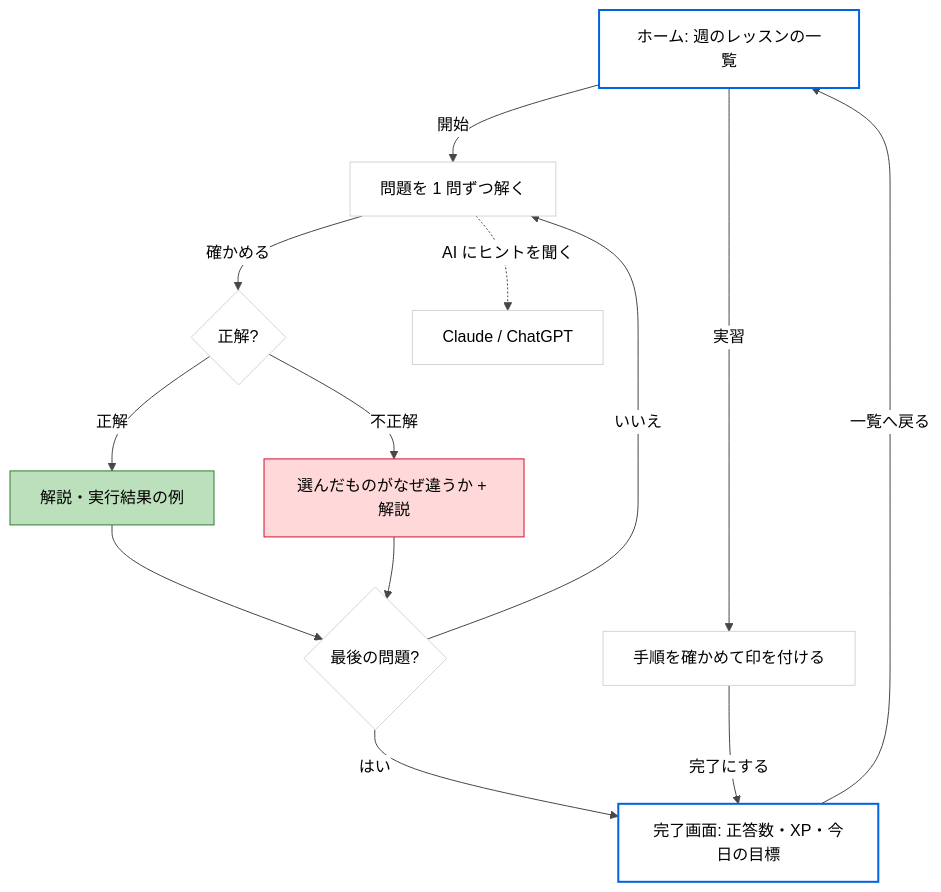
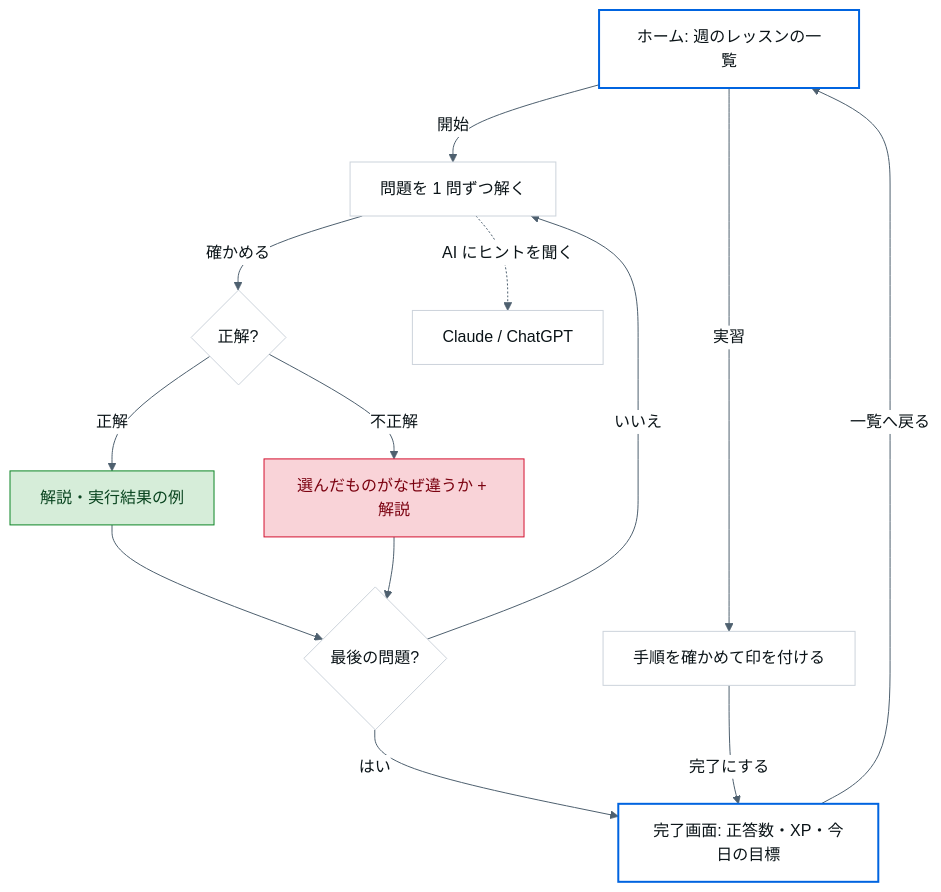
The second of 2 diagrams in README.md (maco165/kcna-dojo), drawn with Mermaid before and after one commit. The commit also changed other lines of this file and 7 other files, not shown here.

First line of the commit message:
README の画像と図の色を新しい見た目に合わせる

````diff
--- a/README.md
+++ b/README.md
@@ -61,21 +61,21 @@
 ```mermaid
-%%{init: {'theme': 'base', 'themeVariables': {'fontFamily': 'Figtree, -apple-system, Segoe UI, sans-serif', 'primaryColor': '#ffffff', 'primaryTextColor': '#000000', 'primaryBorderColor': '#d4d4d4', 'lineColor': '#474747', 'tertiaryColor': '#f1f1f1'}}}%%
+%%{init: {'theme': 'base', 'themeVariables': {'fontFamily': '-apple-system, Segoe UI, Roboto, sans-serif', 'primaryColor': '#FFFFFF', 'primaryTextColor': '#0A1317', 'primaryBorderColor': '#CCD3DB', 'lineColor': '#4E606F', 'tertiaryColor': '#F1F4F7'}}}%%
 flowchart TD
   home[ホーム: 週のレッスンの一覧] -->|開始| q[問題を 1 問ずつ解く]
   q -->|確かめる| fb{正解?}
   fb -->|正解| ok[解説・実行結果の例]
   fb -->|不正解| ng[選んだものがなぜ違うか + 解説]
   ok --> next{最後の問題?}
   ng --> next
   next -->|いいえ| q
   next -->|はい| done[完了画面: 正答数・XP・今日の目標]
   done -->|一覧へ戻る| home
   home -->|実習| lab[手順を確かめて印を付ける] -->|完了にする| done
   q -.->|AI にヒントを聞く| ai[Claude / ChatGPT]
-  classDef success fill:#bce0bb,stroke:#2f7d33,color:#000000;
-  classDef error fill:#ffd9d9,stroke:#d31130,color:#000000;
+  classDef success fill:#D6EDD9,stroke:#0D8626,color:#09441F;
+  classDef error fill:#F9D3D8,stroke:#D31130,color:#7B0210;
   classDef accent stroke:#0064E0,stroke-width:2px;
   class ok success;
   class ng error;
   class home,done accent;
 ```
````
